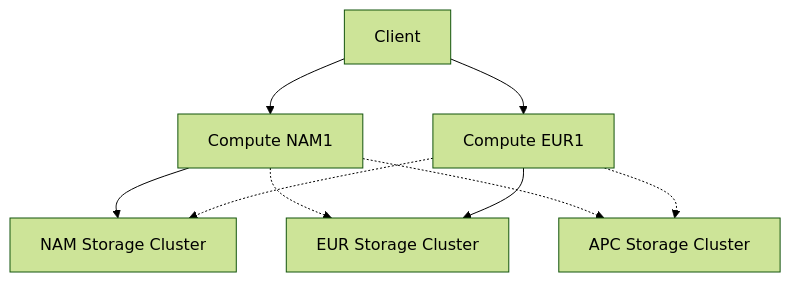
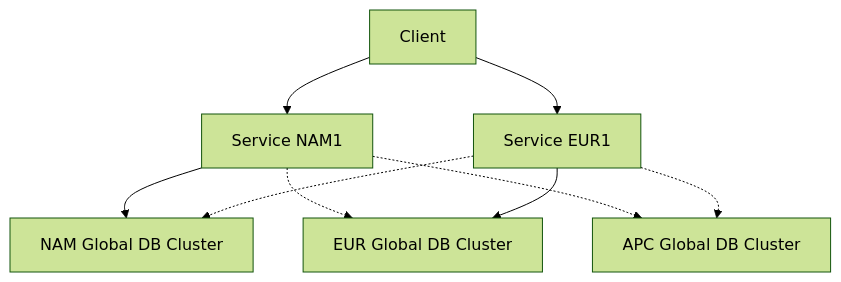
One commit to suds05/TFIdentityPoc changed the first of 3 diagrams in global_service_model.md. Above: the diagram before and after it, drawn with Mermaid (forest theme). The commit also changed other lines of this file, not shown here.

````diff
--- a/global_service_model.md
+++ b/global_service_model.md
@@ -97,17 +103,17 @@
 ```mermaid
 graph
   CL[Client]
   CL-->C1
   CL-->S
-  C1[Compute NAM1]
-  U1[NAM Storage Cluster]
-  U2[EUR Storage Cluster]
-  U3[APC Storage Cluster]
-  S[Compute EUR1]
+  C1[Service NAM1]
+  U1[NAM Global DB Cluster]
+  U2[EUR Global DB Cluster]
+  U3[APC Global DB Cluster]
+  S[Service EUR1]
   C1-->U1
   C1-.->U2
   C1-.->U3
   S-.->U1
   S-->U2
   S-.->U3
 ```
````
